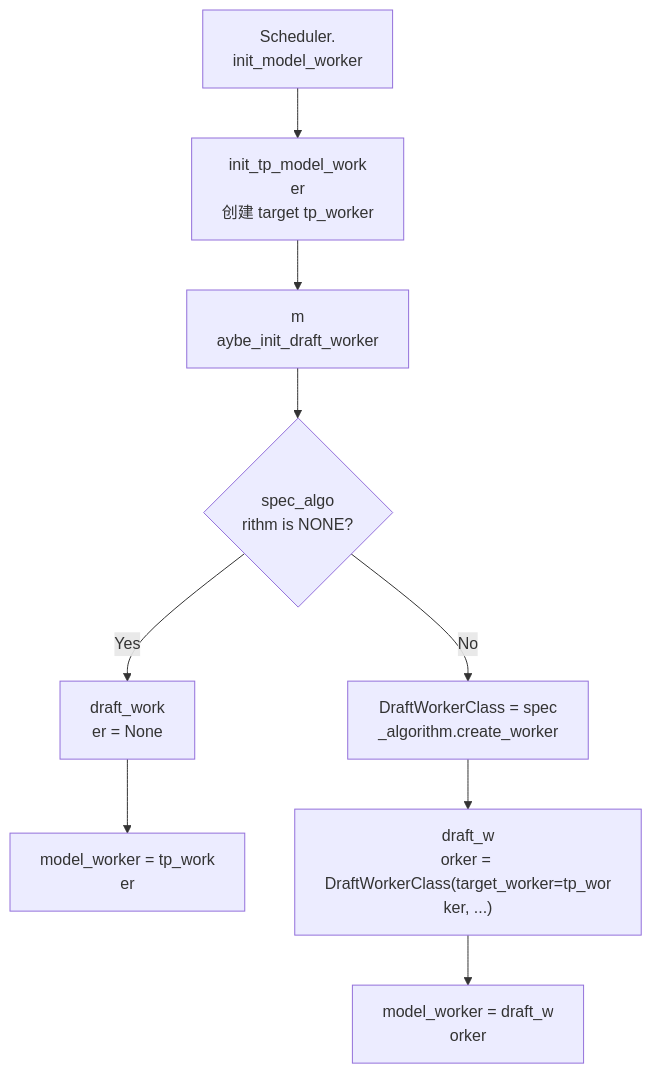
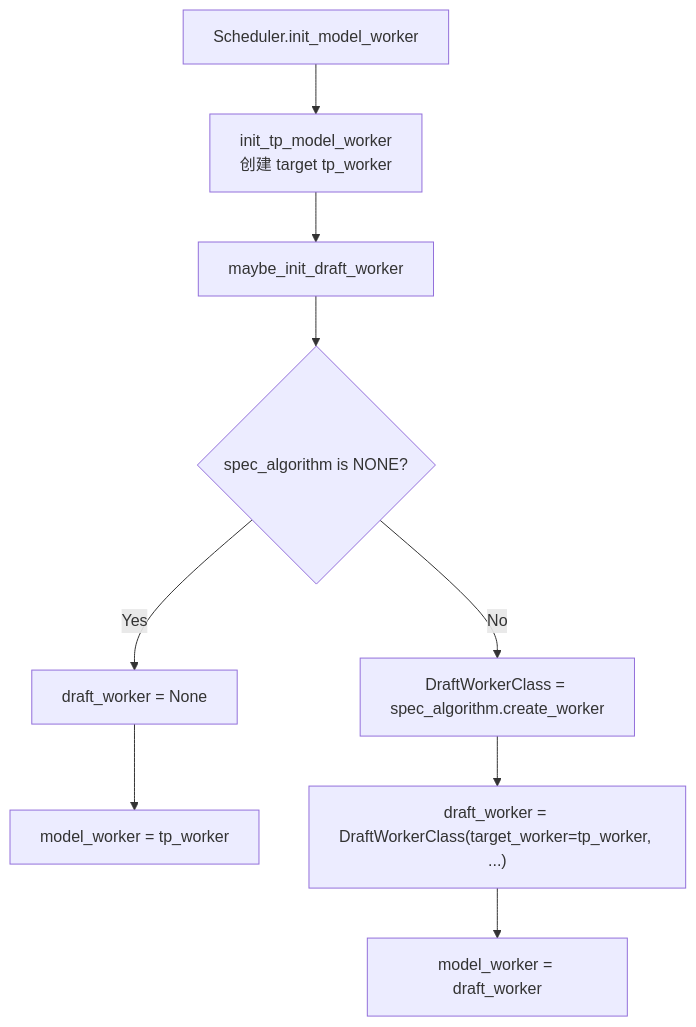
Before and after one commit to cl-vv-h/AI_Infra_Tutor_Page: the fourth of 16 diagrams in src/data/sglang-content/sglang-source-reading/05-speculative-decoding.md, drawn with Mermaid. The commit also changed other lines of this file and 25 other files, not shown here.

Commit message:
Fix markdown rendering with react-markdown, add SGLang knowledge graph

````diff
--- a/src/data/sglang-content/sglang-source-reading/05-speculative-decoding.md
+++ b/src/data/sglang-content/sglang-source-reading/05-speculative-decoding.md
@@ -325,21 +153,11 @@
 ```mermaid
 flowchart TD
-  A["Scheduler.
-init_model_worker"] --> B["init_tp_model_work
-er<br/>创建 target tp_worker"]
-  B --> C["m
-aybe_init_draft_worker"]
-  C --> D{"spec_algo
-rithm is NONE?"}
-  D -->|"Yes"| E["draft_work
-er = None"]
-  E --> F["model_worker = tp_work
-er"]
-  D -->|"No"| G["DraftWorkerClass = spec
-_algorithm.create_worker"]
-  G --> H["draft_w
-orker = DraftWorkerClass(target_worker=tp_wor
-ker, ...)"]
-  H --> I["model_worker = draft_w
-orker"]
+  A["Scheduler.init_model_worker"] --> B["init_tp_model_worker<br/>创建 target tp_worker"]
+  B --> C["maybe_init_draft_worker"]
+  C --> D{"spec_algorithm is NONE?"}
+  D -->|"Yes"| E["draft_worker = None"]
+  E --> F["model_worker = tp_worker"]
+  D -->|"No"| G["DraftWorkerClass = spec_algorithm.create_worker"]
+  G --> H["draft_worker = DraftWorkerClass(target_worker=tp_worker, ...)"]
+  H --> I["model_worker = draft_worker"]
 ```
````
